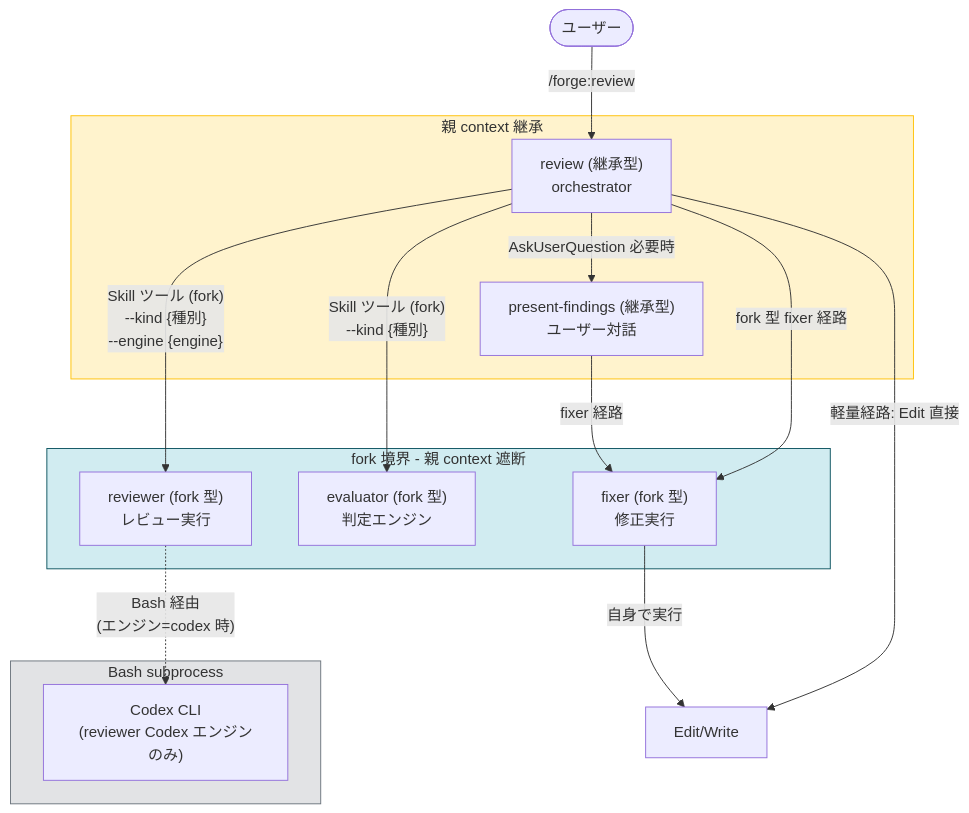
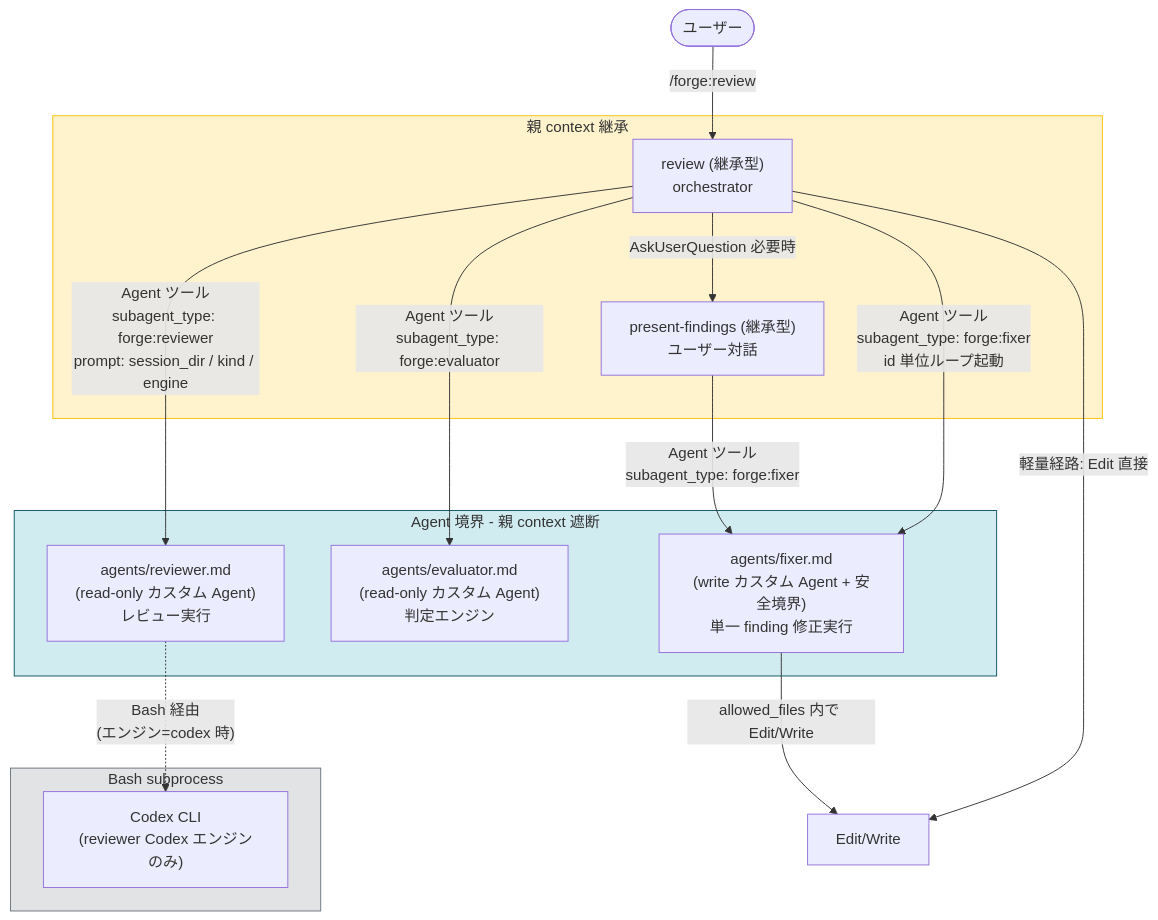
The first of 4 diagrams in docs/specs/forge/design/DES-029_skill_agent_launch_contract_design.md (BlueEventHorizon/bw-cc-plugins), drawn with Mermaid before and after one commit. The commit also changed other lines of this file and 19 other files, not shown here.

First line of the commit message:
chore(no-fork-skill): TASK-017 merge-specs fold (REQ-006/DES-032 を既存 spec へ統合)

````diff
--- a/docs/specs/forge/design/DES-029_skill_agent_launch_contract_design.md
+++ b/docs/specs/forge/design/DES-029_skill_agent_launch_contract_design.md
@@ -46,32 +51,32 @@
 ```mermaid
 flowchart TB
     User([ユーザー]) -->|/forge:review| Review
 
     subgraph InheritedContext [親 context 継承]
         Review["review (継承型)<br/>orchestrator"]
         PresentFindings["present-findings (継承型)<br/>ユーザー対話"]
     end
 
-    subgraph ForkBoundary [fork 境界 - 親 context 遮断]
-        Reviewer["reviewer (fork 型)<br/>レビュー実行"]
-        Evaluator["evaluator (fork 型)<br/>判定エンジン"]
-        Fixer["fixer (fork 型)<br/>修正実行"]
+    subgraph AgentBoundary [Agent 境界 - 親 context 遮断]
+        Reviewer["agents/reviewer.md<br/>(read-only カスタム Agent)<br/>レビュー実行"]
+        Evaluator["agents/evaluator.md<br/>(read-only カスタム Agent)<br/>判定エンジン"]
+        Fixer["agents/fixer.md<br/>(write カスタム Agent + 安全境界)<br/>単一 finding 修正実行"]
     end
 
     subgraph BashSubprocess [Bash subprocess]
         Codex["Codex CLI<br/>(reviewer Codex エンジンのみ)"]
     end
 
-    Review -->|"Skill ツール (fork)<br/>--kind {種別}<br/>--engine {engine}"| Reviewer
+    Review -->|"Agent ツール<br/>subagent_type: forge:reviewer<br/>prompt: session_dir / kind / engine"| Reviewer
     Reviewer -.->|"Bash 経由<br/>(エンジン=codex 時)"| Codex
-    Review -->|"Skill ツール (fork)<br/>--kind {種別}"| Evaluator
+    Review -->|"Agent ツール<br/>subagent_type: forge:evaluator"| Evaluator
     Review -->|"AskUserQuestion 必要時"| PresentFindings
     Review -->|"軽量経路: Edit 直接"| EditTool[Edit/Write]
-    Review -->|"fork 型 fixer 経路"| Fixer
-    PresentFindings -->|"fixer 経路"| Fixer
-    Fixer -->|"自身で実行"| EditTool
+    Review -->|"Agent ツール<br/>subagent_type: forge:fixer<br/>id 単位ループ起動"| Fixer
+    PresentFindings -->|"Agent ツール<br/>subagent_type: forge:fixer"| Fixer
+    Fixer -->|"allowed_files 内で Edit/Write"| EditTool
 
     style InheritedContext fill:#fff3cd,stroke:#ffc107
-    style ForkBoundary fill:#d1ecf1,stroke:#0c5460
+    style AgentBoundary fill:#d1ecf1,stroke:#0c5460
     style BashSubprocess fill:#e2e3e5,stroke:#6c757d
 ```
````
